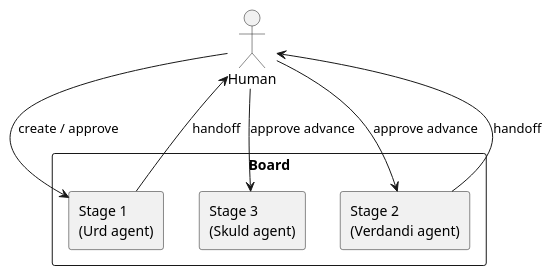
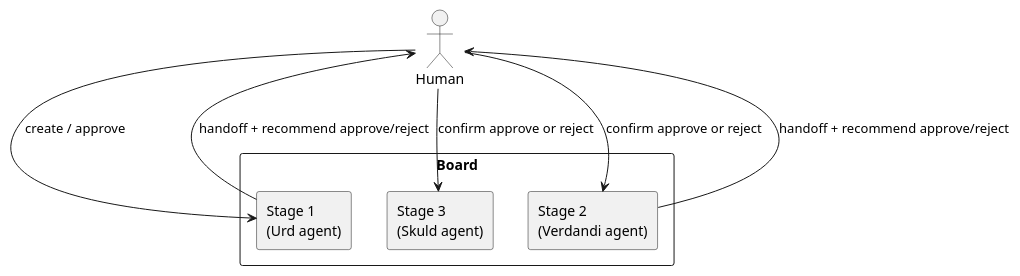
The first of 2 diagrams in README.md (YanChao1999/Norns), drawn with PlantUML before and after one commit. The commit also changed other lines of this file and 21 other files, not shown here.

First line of the commit message:
Add Machine line editing and keep AI approve/reject as a human-confirmed recommendation.

````diff
--- a/README.md
+++ b/README.md
@@ -16,16 +17,16 @@
 ```plantuml
 @startuml
 skinparam monochrome true
 actor Human
 rectangle Board {
   rectangle "Stage 1\n(Urd agent)" as S1
   rectangle "Stage 2\n(Verdandi agent)" as S2
   rectangle "Stage 3\n(Skuld agent)" as S3
 }
 Human --> S1 : create / approve
-S1 --> Human : handoff
-Human --> S2 : approve advance
-S2 --> Human : handoff
-Human --> S3 : approve advance
+S1 --> Human : handoff + recommend approve/reject
+Human --> S2 : confirm approve or reject
+S2 --> Human : handoff + recommend approve/reject
+Human --> S3 : confirm approve or reject
 @enduml
 ```
````
